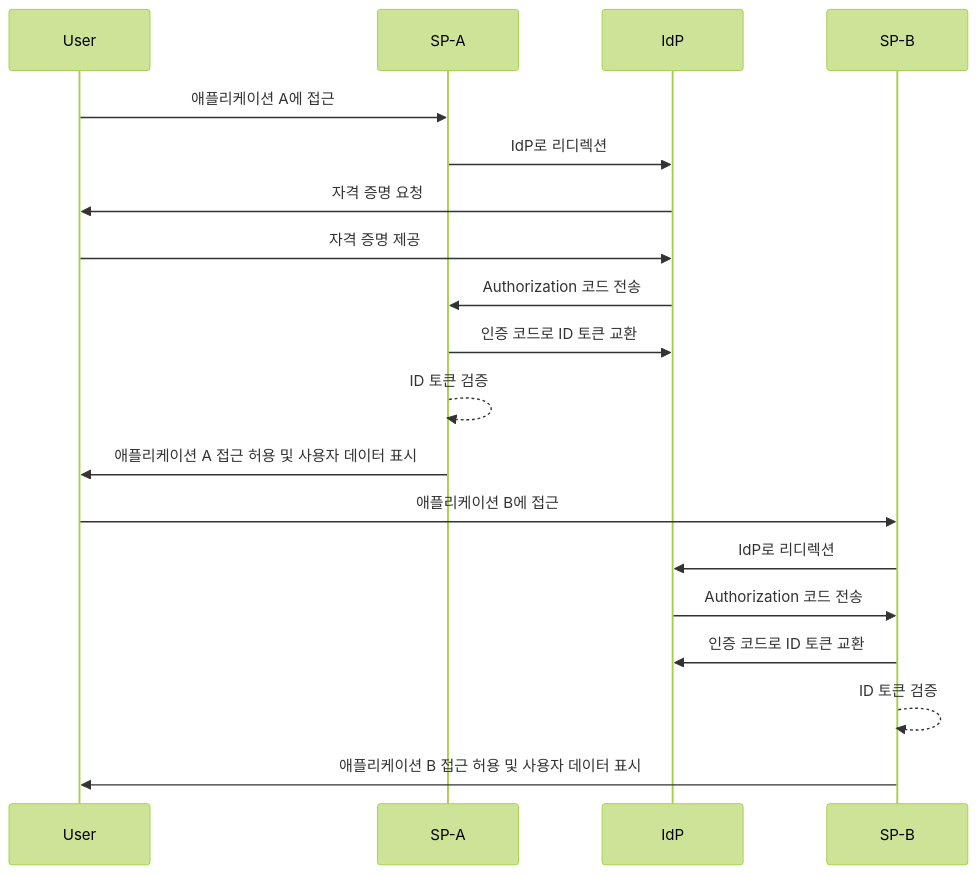
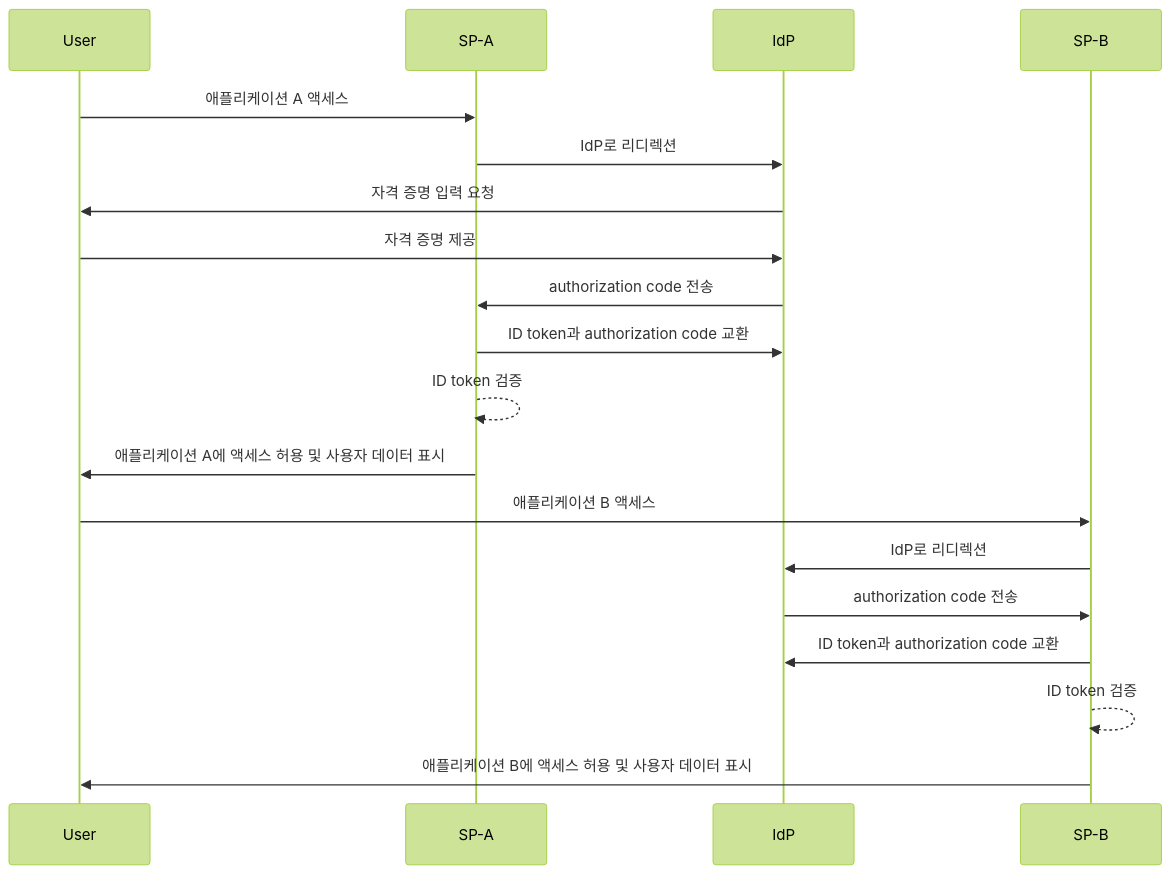
Before and after one commit to logto-io/auth-wiki: the second of 2 diagrams in src/content/terms/ko/single-sign-on.mdx, drawn with Mermaid (forest theme). The commit also changed other lines of this file and 48 other files, not shown here.

````diff
--- a/src/content/terms/ko/single-sign-on.mdx
+++ b/src/content/terms/ko/single-sign-on.mdx
@@ -54,22 +54,22 @@
 ```mermaid
 sequenceDiagram
     participant User
     participant SP-A
     participant IdP
     participant SP-B
 
-    User->>SP-A: 애플리케이션 A에 접근
+    User->>SP-A: 애플리케이션 A 액세스
     SP-A->>IdP: IdP로 리디렉션
-    IdP->>User: 자격 증명 요청
+    IdP->>User: 자격 증명 입력 요청
     User->>IdP: 자격 증명 제공
-    IdP->>SP-A: Authorization 코드 전송
-    SP-A->>IdP: 인증 코드로 ID 토큰 교환
-    SP-A-->>SP-A: ID 토큰 검증
-    SP-A->>User: 애플리케이션 A 접근 허용 및 사용자 데이터 표시
-    User->>SP-B: 애플리케이션 B에 접근
+    IdP->>SP-A: authorization code 전송
+    SP-A->>IdP: ID token과 authorization code 교환
+    SP-A-->>SP-A: ID token 검증
+    SP-A->>User: 애플리케이션 A에 액세스 허용 및 사용자 데이터 표시
+    User->>SP-B: 애플리케이션 B 액세스
     SP-B->>IdP: IdP로 리디렉션
-    IdP->>SP-B: Authorization 코드 전송
-    SP-B->>IdP: 인증 코드로 ID 토큰 교환
-    SP-B-->>SP-B: ID 토큰 검증
-    SP-B->>User: 애플리케이션 B 접근 허용 및 사용자 데이터 표시
+    IdP->>SP-B: authorization code 전송
+    SP-B->>IdP: ID token과 authorization code 교환
+    SP-B-->>SP-B: ID token 검증
+    SP-B->>User: 애플리케이션 B에 액세스 허용 및 사용자 데이터 표시
 ```
````
